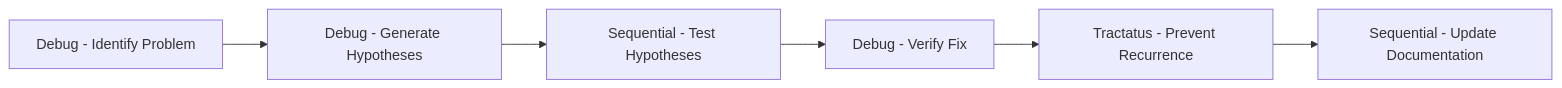
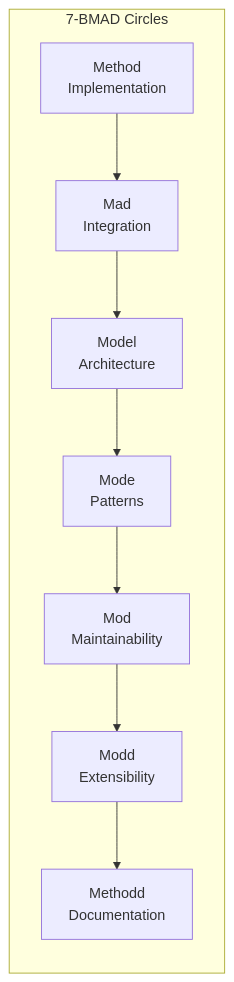
One commit to Alot1z/get-shit-indexed changed the fourth of 8 diagrams in README.md. Above: the diagram before and after it, drawn with Mermaid. The commit also changed other lines of this file and 2 other files, not shown here.

Commit message:
chore(1.20.0): prepare for npm publish - Update README with Mermaid diagrams and feature tables - Bump version to 1.20.0 - Add .npmrc to .gitignore (security)

````diff
--- a/README.md
+++ b/README.md
@@ -721,8 +126,14 @@
 ```mermaid
 graph LR
-    A[Debug - Identify Problem] --> B[Debug - Generate Hypotheses]
-    B --> C[Sequential - Test Hypotheses]
-    C --> D[Debug - Verify Fix]
-    D --> E[Tractatus - Prevent Recurrence]
-    E --> F[Sequential - Update Documentation]
+    subgraph "7-BMAD Circles"
+        M1[Method<br/>Implementation]
+        M2[Mad<br/>Integration]
+        M3[Model<br/>Architecture]
+        M4[Mode<br/>Patterns]
+        M5[Mod<br/>Maintainability]
+        M6[Modd<br/>Extensibility]
+        M7[Methodd<br/>Documentation]
+    end
+    
+    M1 --> M2 --> M3 --> M4 --> M5 --> M6 --> M7
 ```
````
